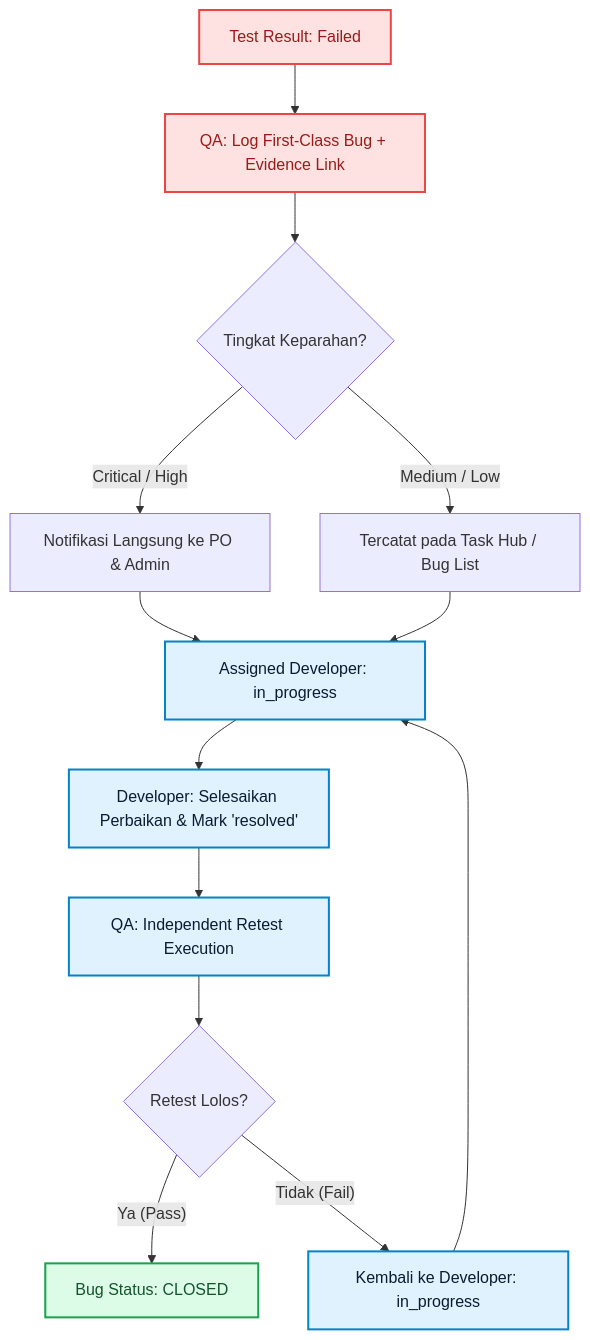
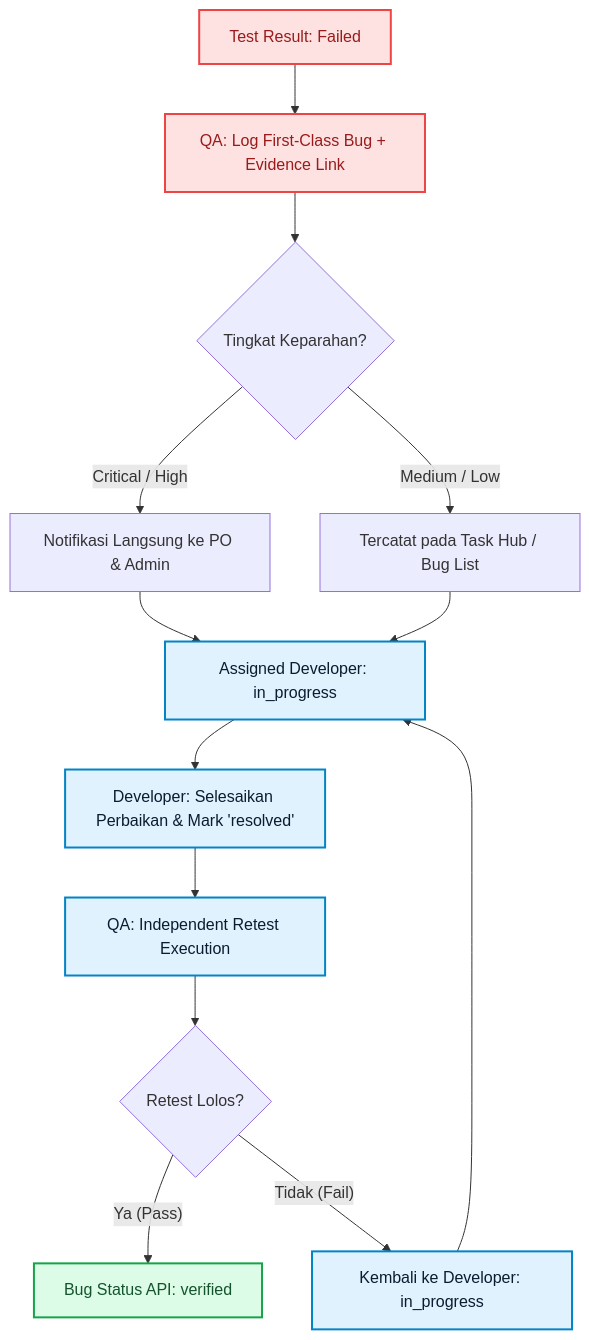
One commit to oneilreyand/qlickhub changed the seventh of 8 diagrams in docs/2_WORKFLOW_AND_ROLES.md. Above: the diagram before and after it, drawn with Mermaid. The commit also changed other lines of this file and 50 other files, not shown here.

````diff
--- a/docs/2_WORKFLOW_AND_ROLES.md
+++ b/docs/2_WORKFLOW_AND_ROLES.md
@@ -222,27 +260,27 @@
 ```mermaid
 graph TD
     TestFail["Test Result: Failed"] --> LogBug["QA: Log First-Class Bug + Evidence Link"]
     LogBug --> BugSeverity{"Tingkat Keparahan?"}
 
     BugSeverity -- "Critical / High" --> AlertPlanner["Notifikasi Langsung ke PO & Admin"]
     BugSeverity -- "Medium / Low" --> QueueBug["Tercatat pada Task Hub / Bug List"]
 
     AlertPlanner --> AssignFix["Assigned Developer: in_progress"]
     QueueBug --> AssignFix
 
     AssignFix --> DevResolve["Developer: Selesaikan Perbaikan & Mark 'resolved'"]
     DevResolve --> IndependentRetest["QA: Independent Retest Execution"]
 
     IndependentRetest --> RetestDecision{"Retest Lolos?"}
-    RetestDecision -- "Ya (Pass)" --> CloseBug["Bug Status: CLOSED"]
+    RetestDecision -- "Ya (Pass)" --> CloseBug["Bug Status API: verified"]
     RetestDecision -- "Tidak (Fail)" --> ReopenBug["Kembali ke Developer: in_progress"]
     ReopenBug --> AssignFix
 
     classDef start fill:#FEE2E2,stroke:#EF4444,stroke-width:2px,color:#991B1B;
     classDef action fill:#E0F2FE,stroke:#0284C7,stroke-width:2px,color:#0B1C30;
     classDef done fill:#DCFCE7,stroke:#16A34A,stroke-width:2px,color:#14532D;
 
     class TestFail,LogBug start;
     class AssignFix,DevResolve,IndependentRetest,ReopenBug action;
     class CloseBug done;
 ```
````
